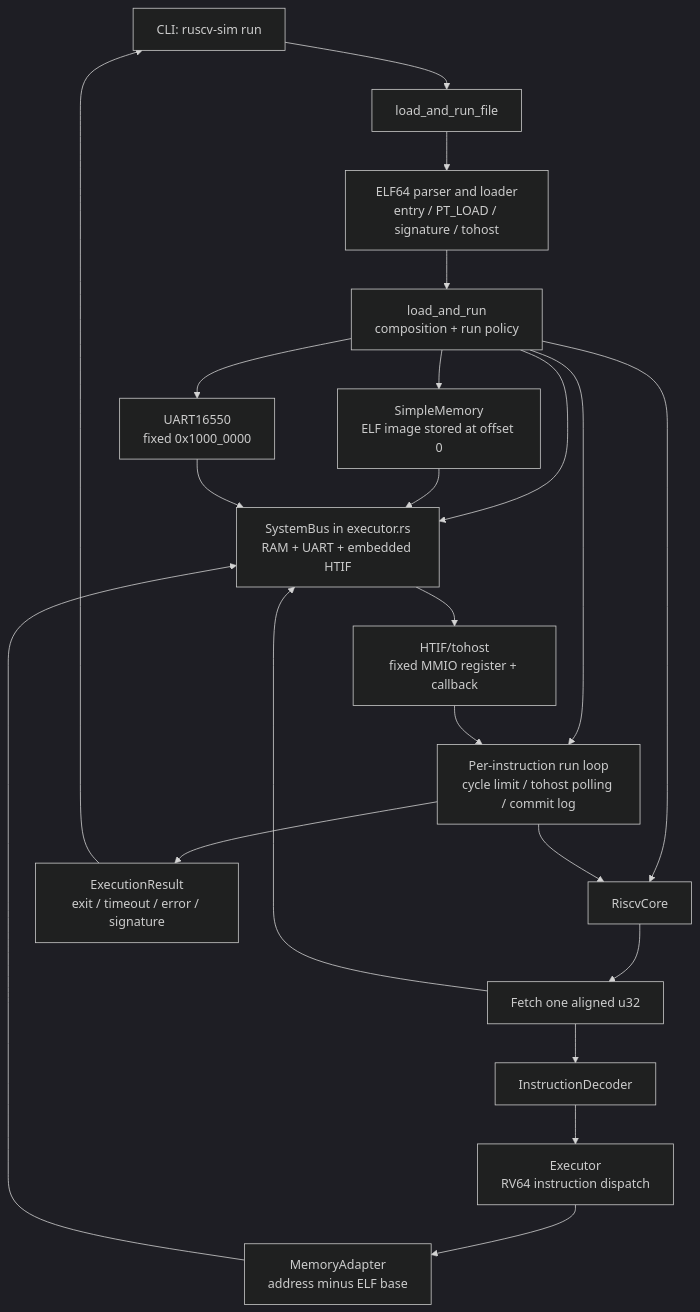
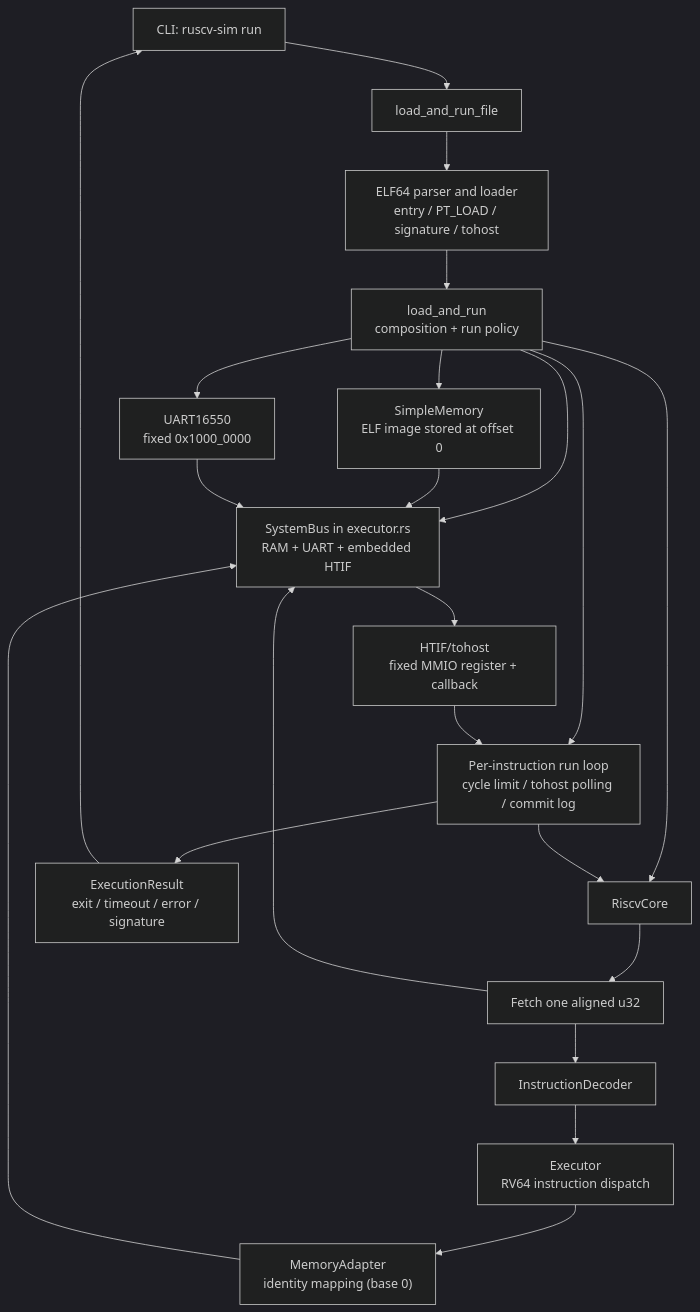
The first of 2 diagrams in docs/architecture/current-state.md (mimiqdev/ruscv-sim), drawn with Mermaid (dark theme) before and after one commit. The commit also changed other lines of this file, not shown here.

Commit message:
docs: address PR 4 review findings

````diff
--- a/docs/architecture/current-state.md
+++ b/docs/architecture/current-state.md
@@ -26,27 +26,27 @@
 ```mermaid
 flowchart TB
     CLI["CLI: ruscv-sim run"] --> FILE["load_and_run_file"]
     FILE --> ELF["ELF64 parser and loader<br/>entry / PT_LOAD / signature / tohost"]
     ELF --> ORCH["load_and_run<br/>composition + run policy"]
 
     ORCH --> RAM["SimpleMemory<br/>ELF image stored at offset 0"]
     ORCH --> UART["UART16550<br/>fixed 0x1000_0000"]
     ORCH --> BUS["SystemBus in executor.rs<br/>RAM + UART + embedded HTIF"]
     RAM --> BUS
     UART --> BUS
 
     ORCH --> CORE["RiscvCore"]
     CORE --> FETCH["Fetch one aligned u32"]
     FETCH --> BUS
     FETCH --> DEC["InstructionDecoder"]
     DEC --> EXEC["Executor<br/>RV64 instruction dispatch"]
-    EXEC --> ADAPTER["MemoryAdapter<br/>address minus ELF base"]
+    EXEC --> ADAPTER["MemoryAdapter<br/>identity mapping (base 0)"]
     ADAPTER --> BUS
 
     BUS --> HTIF["HTIF/tohost<br/>fixed MMIO register + callback"]
     ORCH --> LOOP["Per-instruction run loop<br/>cycle limit / tohost polling / commit log"]
     LOOP --> CORE
     HTIF --> LOOP
     LOOP --> RESULT["ExecutionResult<br/>exit / timeout / error / signature"]
     RESULT --> CLI
 ```
````
